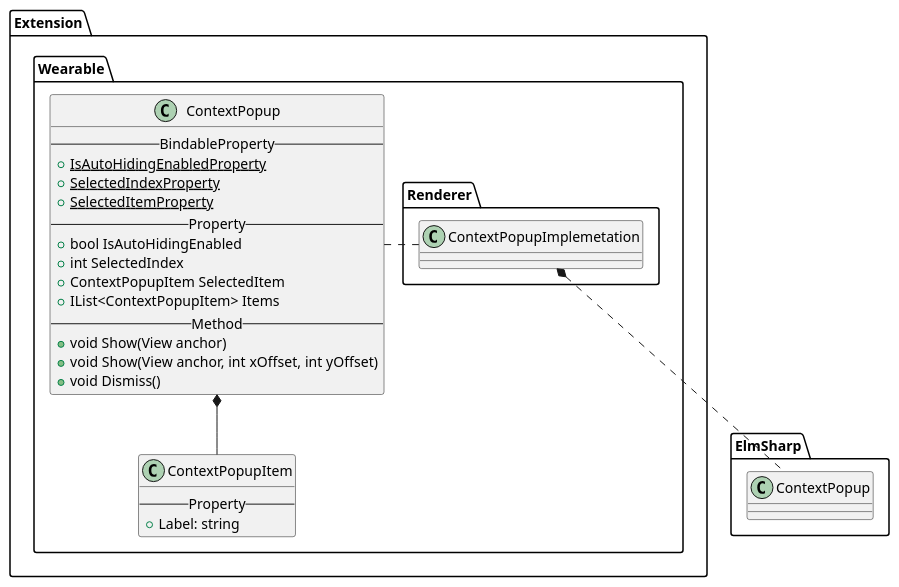
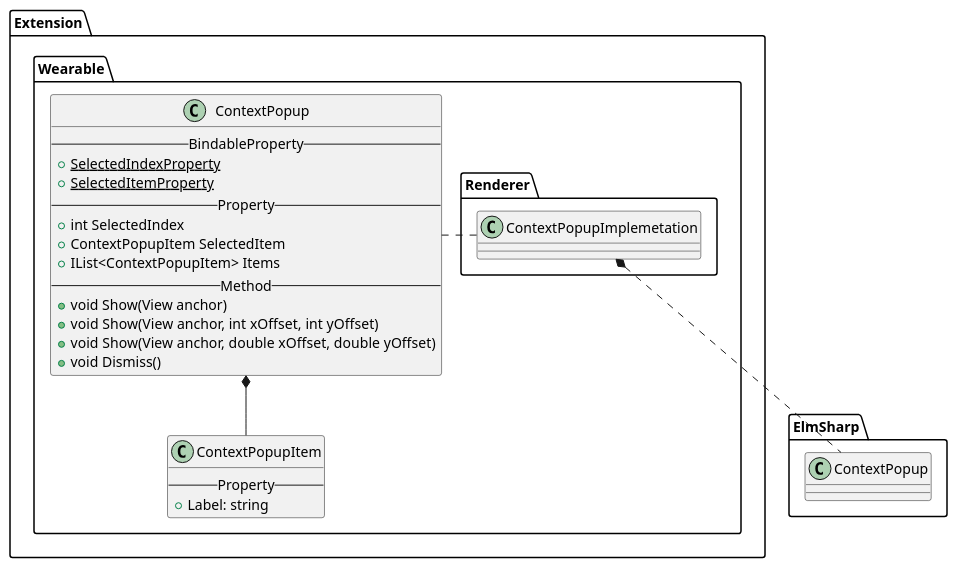
The first of 3 diagrams in doc/design/uml/Etc.wsd (Samsung/Tizen.CircularUI), drawn with PlantUML before and after one commit. The commit also changed other lines of this file and 8 other files, not shown here.

```diff
--- a/doc/design/uml/Etc.wsd
+++ b/doc/design/uml/Etc.wsd
@@ -1,39 +1,38 @@
 @startuml ContextPopup.png
 
 package "Extension.Wearable" {
 
     class ContextPopup {
         --BindableProperty--
-        {static} +IsAutoHidingEnabledProperty
         {static} +SelectedIndexProperty
         {static} +SelectedItemProperty
         --Property--
-        +bool IsAutoHidingEnabled
         +int SelectedIndex
         +ContextPopupItem SelectedItem
         +IList<ContextPopupItem> Items
         --Method--
         +void Show(View anchor)
         +void Show(View anchor, int xOffset, int yOffset)
+        +void Show(View anchor, double xOffset, double yOffset)
         +void Dismiss()
     }
 
     class ContextPopupItem {
         --Property--
         +Label: string
     }
 
     ContextPopup *-- ContextPopupItem
 }
 
 package "Extension.Wearable.Renderer" {
     class ContextPopupImplemetation
     ContextPopupImplemetation .l. ContextPopup
 }
 
 package "ElmSharp" {
     class ContextPopup
 }
 
 ContextPopupImplemetation *.. ElmSharp.ContextPopup
 @enduml
```
